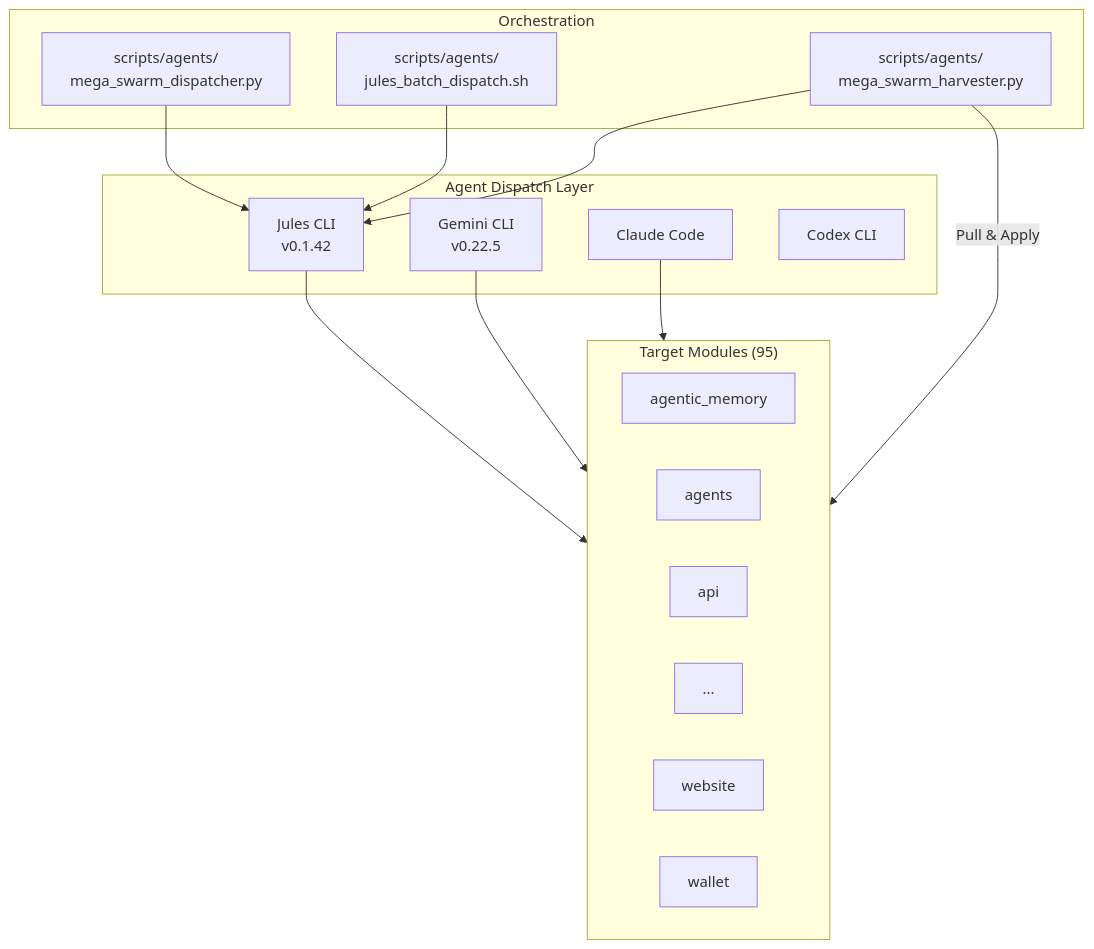
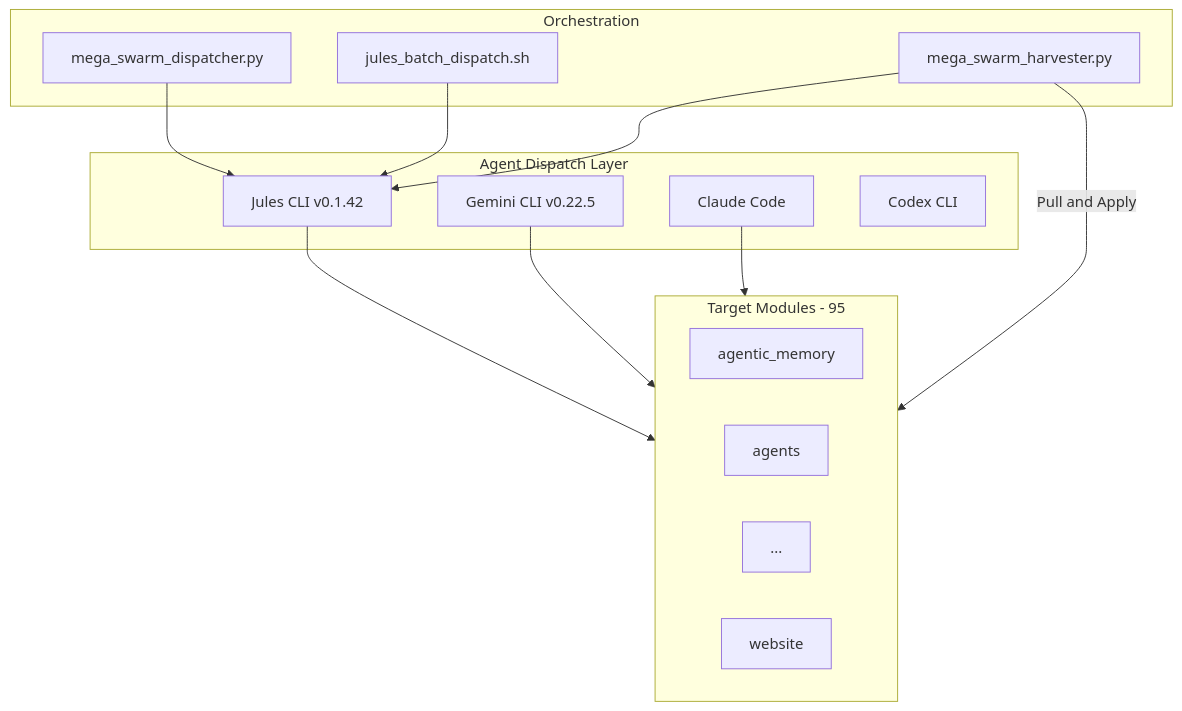
Before and after one commit to docxology/codomyrmex: the fourth of 7 diagrams in .github/README.md, drawn with Mermaid. The commit also changed other lines of this file and 1 other file, not shown here.

````diff
--- a/.github/README.md
+++ b/.github/README.md
@@ -422,32 +461,30 @@
 ```mermaid
 graph TD
     subgraph Dispatch["Agent Dispatch Layer"]
-        Jules["Jules CLI<br/>v0.1.42"]
-        GeminiCLI["Gemini CLI<br/>v0.22.5"]
+        Jules["Jules CLI v0.1.42"]
+        GeminiCLI["Gemini CLI v0.22.5"]
         Claude["Claude Code"]
         Codex["Codex CLI"]
     end
 
     subgraph Orchestration["Orchestration"]
-        BatchDispatch["scripts/agents/<br/>jules_batch_dispatch.sh"]
-        MegaSwarm["scripts/agents/<br/>mega_swarm_dispatcher.py"]
-        Harvester["scripts/agents/<br/>mega_swarm_harvester.py"]
+        BatchDispatch["jules_batch_dispatch.sh"]
+        MegaSwarm["mega_swarm_dispatcher.py"]
+        Harvester["mega_swarm_harvester.py"]
     end
 
-    subgraph Targets["Target Modules (95)"]
+    subgraph Targets["Target Modules - 95"]
         M1["agentic_memory"]
         M2["agents"]
-        M3["api"]
         Mdots["..."]
-        M94["website"]
-        M95["wallet"]
+        M95["website"]
     end
 
     MegaSwarm --> Jules
     BatchDispatch --> Jules
     Jules --> Targets
     GeminiCLI --> Targets
     Claude --> Targets
     Harvester --> Jules
-    Harvester -->|"Pull & Apply"| Targets
+    Harvester -->|"Pull and Apply"| Targets
 ```
````
